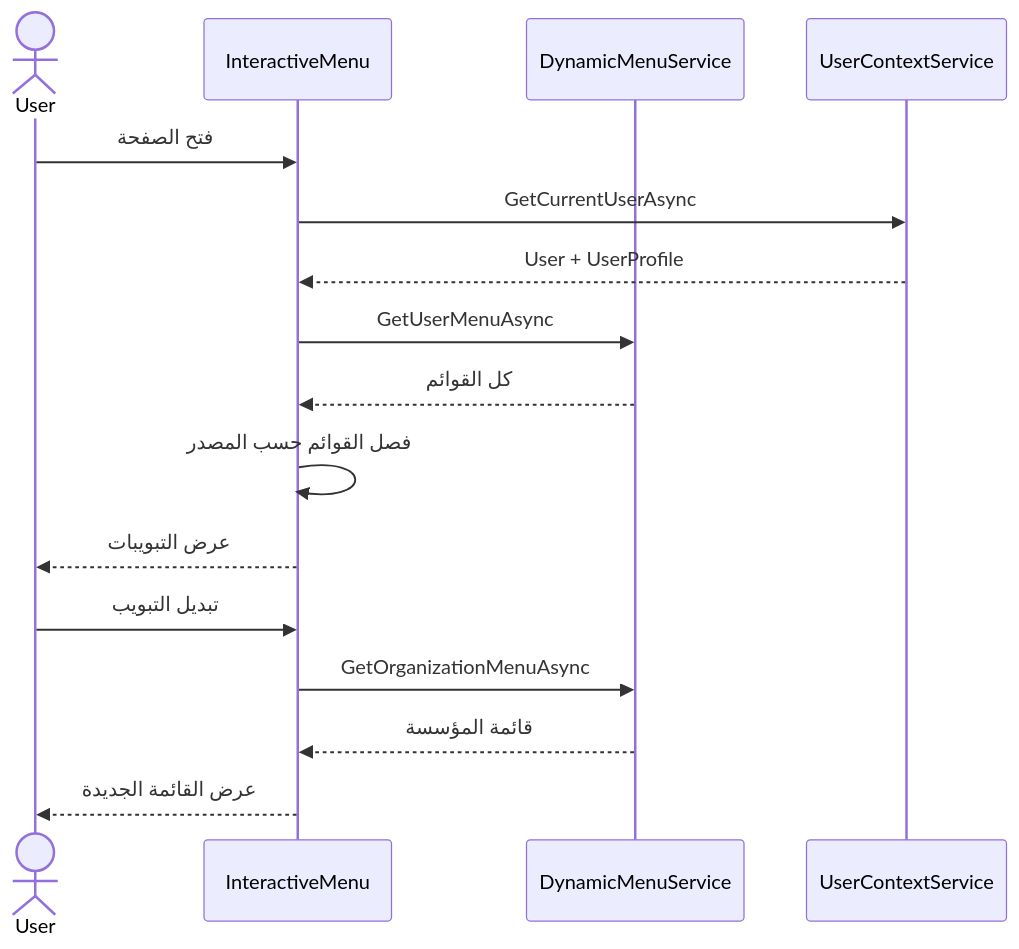
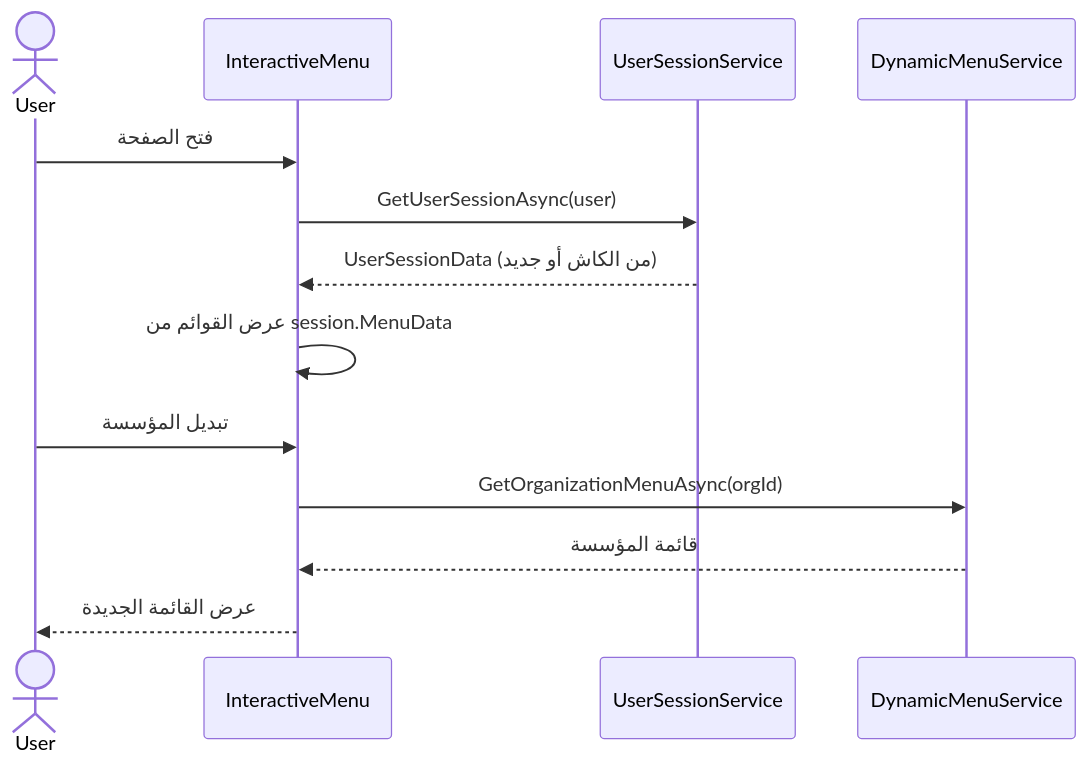
Before and after one commit to Rubikans-Egy/Rubikcare-docs: the third of 3 diagrams in docs/04-dynamic-menus.md, drawn with Mermaid. The commit also changed other lines of this file, not shown here.

````diff
--- a/docs/04-dynamic-menus.md
+++ b/docs/04-dynamic-menus.md
@@ -351,19 +195,16 @@
 ```mermaid
 sequenceDiagram
     actor User
     participant IM as InteractiveMenu
+    participant USS as UserSessionService
     participant DMS as DynamicMenuService
-    participant UC as UserContextService
 
     User->>IM: فتح الصفحة
-    IM->>UC: GetCurrentUserAsync
-    UC-->>IM: User + UserProfile
-    IM->>DMS: GetUserMenuAsync
-    DMS-->>IM: كل القوائم
-    IM->>IM: فصل القوائم حسب المصدر
-    IM-->>User: عرض التبويبات
-    User->>IM: تبديل التبويب
-    IM->>DMS: GetOrganizationMenuAsync
+    IM->>USS: GetUserSessionAsync(user)
+    USS-->>IM: UserSessionData (من الكاش أو جديد)
+    IM->>IM: عرض القوائم من session.MenuData
+    User->>IM: تبديل المؤسسة
+    IM->>DMS: GetOrganizationMenuAsync(orgId)
     DMS-->>IM: قائمة المؤسسة
     IM-->>User: عرض القائمة الجديدة
 ```
````
